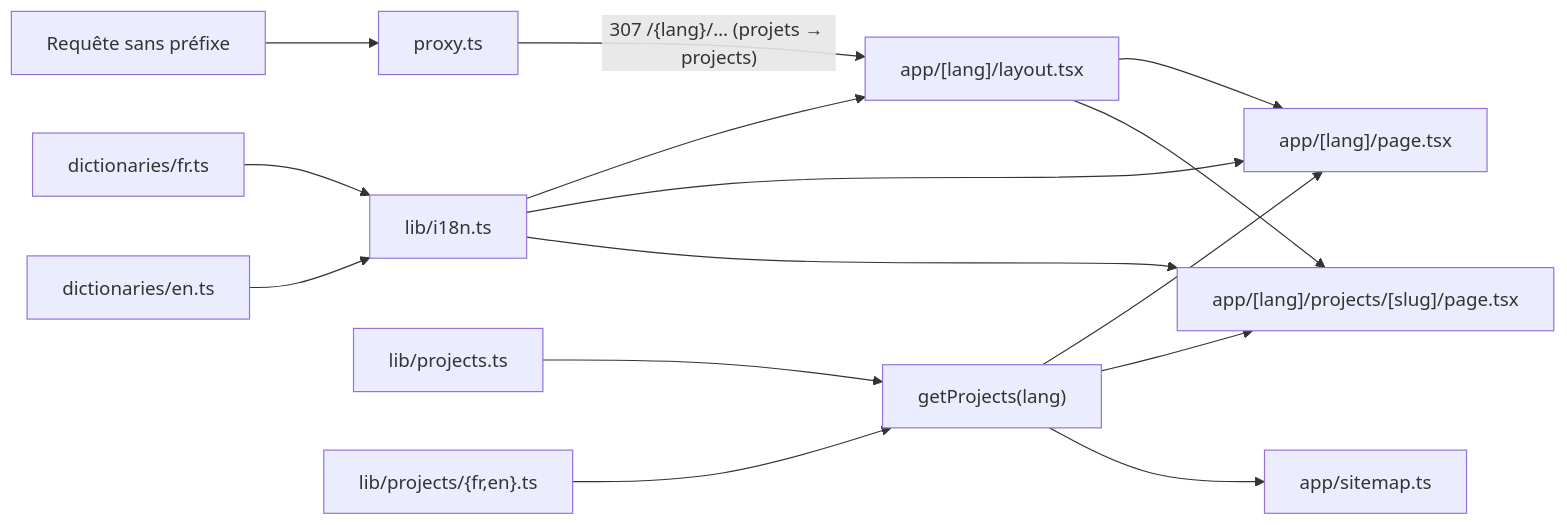
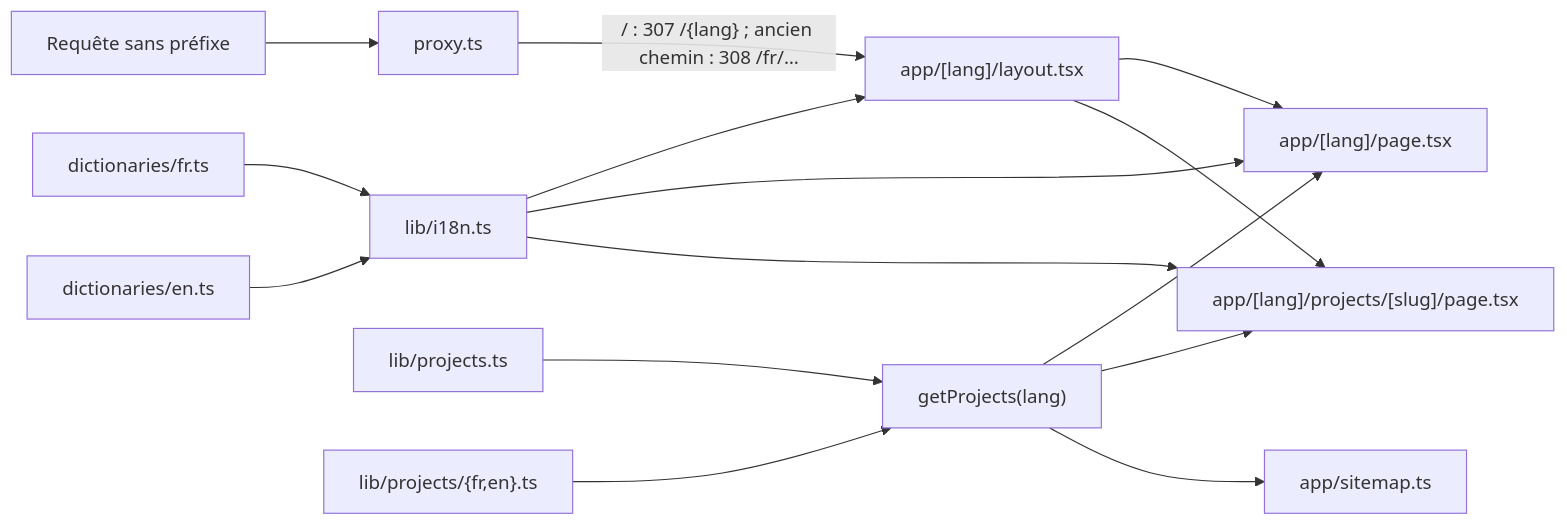
The diagram in docs/superpowers/specs/2026-10-20-i18n-design.md (Greite/portfolio), drawn with Mermaid before and after one commit. The commit also changed other lines of this file and 22 other files, not shown here.

````diff
--- a/docs/superpowers/specs/2026-10-20-i18n-design.md
+++ b/docs/superpowers/specs/2026-10-20-i18n-design.md
@@ -35,13 +36,13 @@
 ```mermaid
 flowchart LR
   REQ["Requête sans préfixe"] --> PX[proxy.ts]
-  PX -->|"307 /{lang}/… (projets → projects)"| L["app/[lang]/layout.tsx"]
+  PX -->|"/ : 307 /{lang} ; ancien chemin : 308 /fr/…"| L["app/[lang]/layout.tsx"]
   L --> HP["app/[lang]/page.tsx"]
   L --> PP["app/[lang]/projects/[slug]/page.tsx"]
   I18N[lib/i18n.ts] --> L & HP & PP
   DF[dictionaries/fr.ts] --> I18N
   DE[dictionaries/en.ts] --> I18N
   PB[lib/projects.ts] --> PJ["getProjects(lang)"]
   PT["lib/projects/{fr,en}.ts"] --> PJ
   PJ --> HP & PP & SM[app/sitemap.ts]
 ```
````
